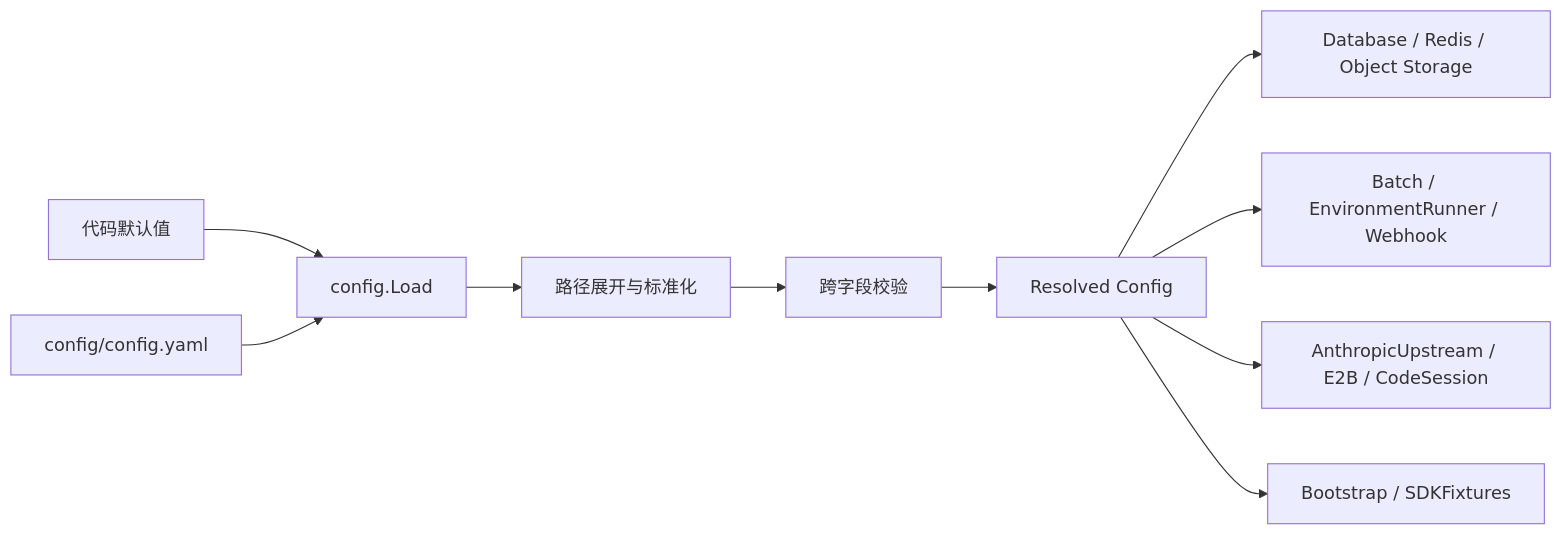
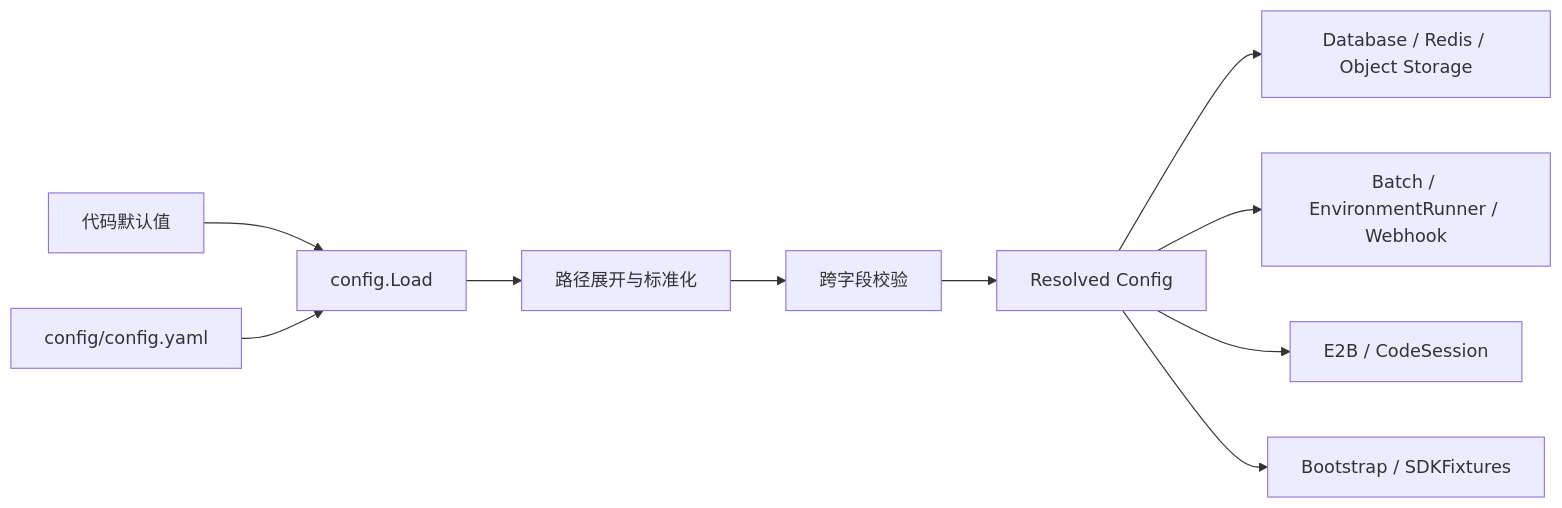
One commit to superduck-ai/open-managed-agents changed the first of 2 diagrams in docs/design/be/runtime-configuration.md. Above: the diagram before and after it, drawn with Mermaid. The commit also changed other lines of this file and 137 other files, not shown here.

````diff
--- a/docs/design/be/runtime-configuration.md
+++ b/docs/design/be/runtime-configuration.md
@@ -7,12 +7,12 @@
 ```mermaid
 flowchart LR
     defaults["代码默认值"] --> loader["config.Load"]
     yaml["config/config.yaml"] --> loader
     loader --> paths["路径展开与标准化"]
     paths --> validation["跨字段校验"]
     validation --> resolved["Resolved Config"]
     resolved --> infrastructure["Database / Redis / Object Storage"]
     resolved --> workers["Batch / EnvironmentRunner / Webhook"]
-    resolved --> runtime["AnthropicUpstream / E2B / CodeSession"]
+    resolved --> runtime["E2B / CodeSession"]
     resolved --> compatibility["Bootstrap / SDKFixtures"]
 ```
````
